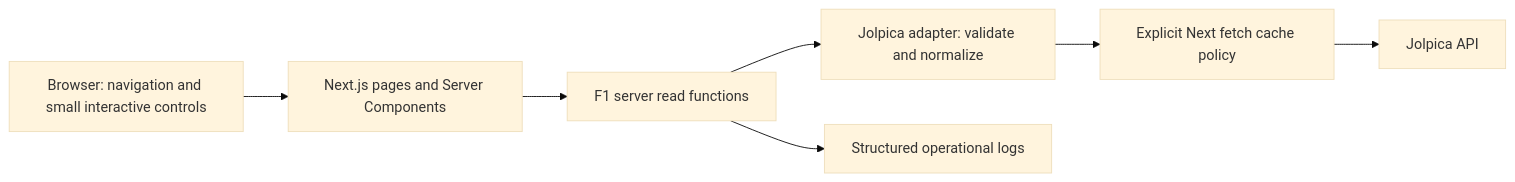
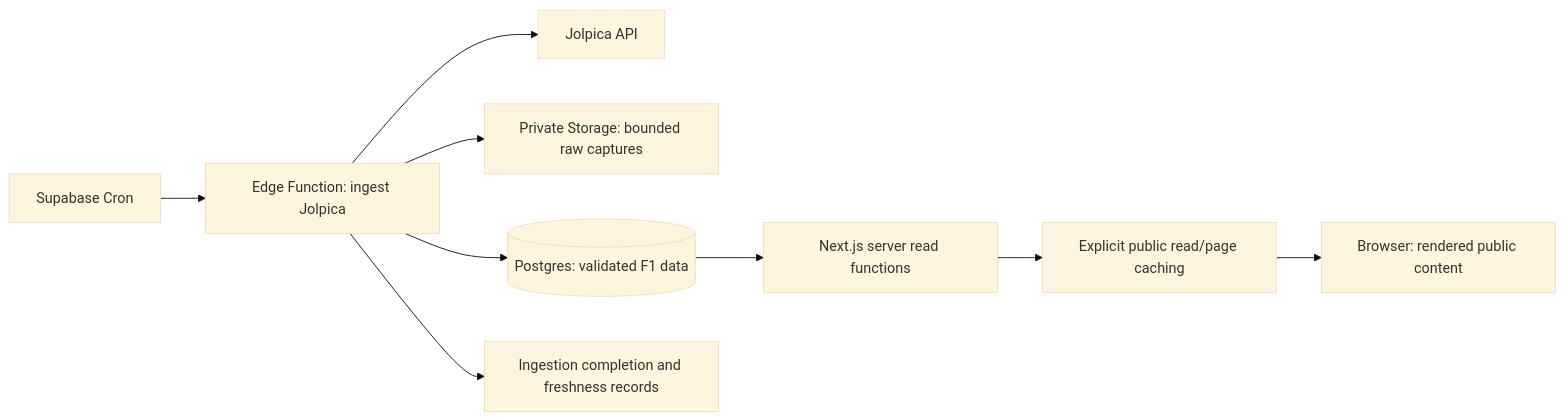
Before and after one commit to anhtran2204/paddock-view: the diagram in docs/architecture.md, drawn with Mermaid (base theme). The commit also changed other lines of this file and 17 other files, not shown here.

````diff
--- a/docs/architecture.md
+++ b/docs/architecture.md
@@ -26,9 +34,11 @@
 ```mermaid
 flowchart LR
-    Browser[Browser: navigation and small interactive controls] --> Next[Next.js pages and Server Components]
-    Next --> Reads[F1 server read functions]
-    Reads --> Adapter[Jolpica adapter: validate and normalize]
-    Adapter --> Cache[Explicit Next fetch cache policy]
-    Cache --> Provider[Jolpica API]
-    Reads --> Logs[Structured operational logs]
+    Cron[Supabase Cron] --> Ingest[Edge Function: ingest Jolpica]
+    Ingest --> Provider[Jolpica API]
+    Ingest --> Raw[Private Storage: bounded raw captures]
+    Ingest --> DB[(Postgres: validated F1 data)]
+    DB --> Reads[Next.js server read functions]
+    Reads --> Cache[Explicit public read/page caching]
+    Cache --> Browser[Browser: rendered public content]
+    Ingest --> Runs[Ingestion completion and freshness records]
 ```
````
